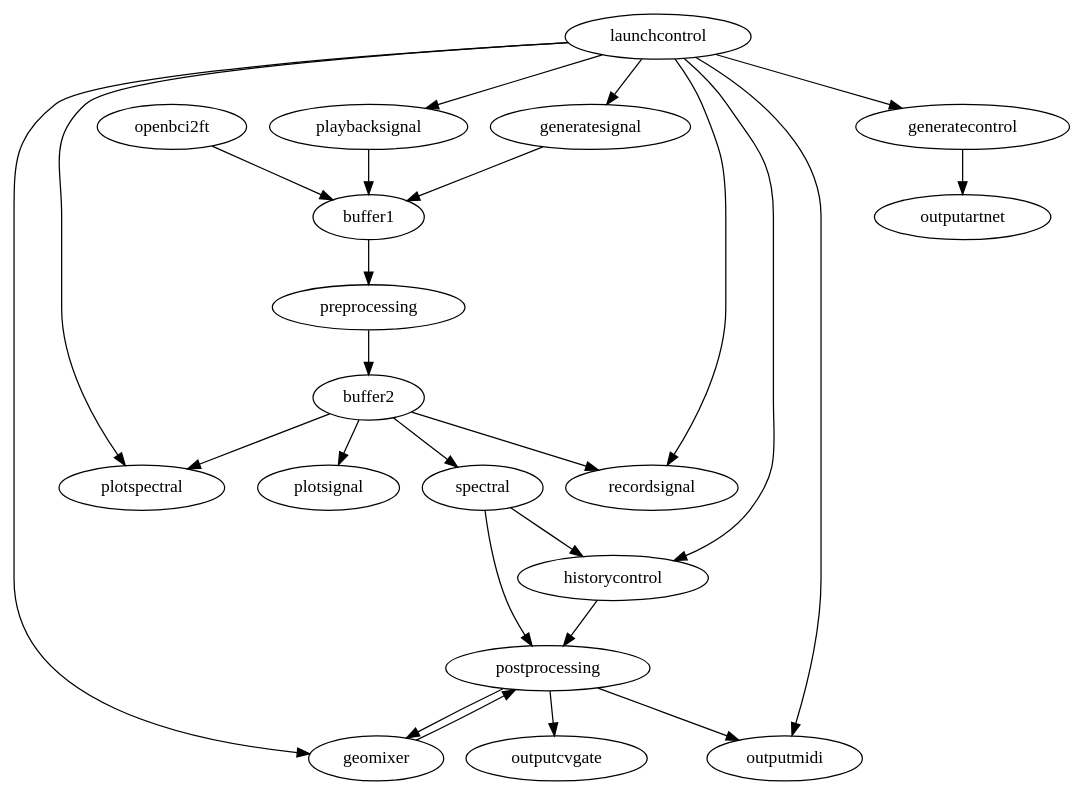
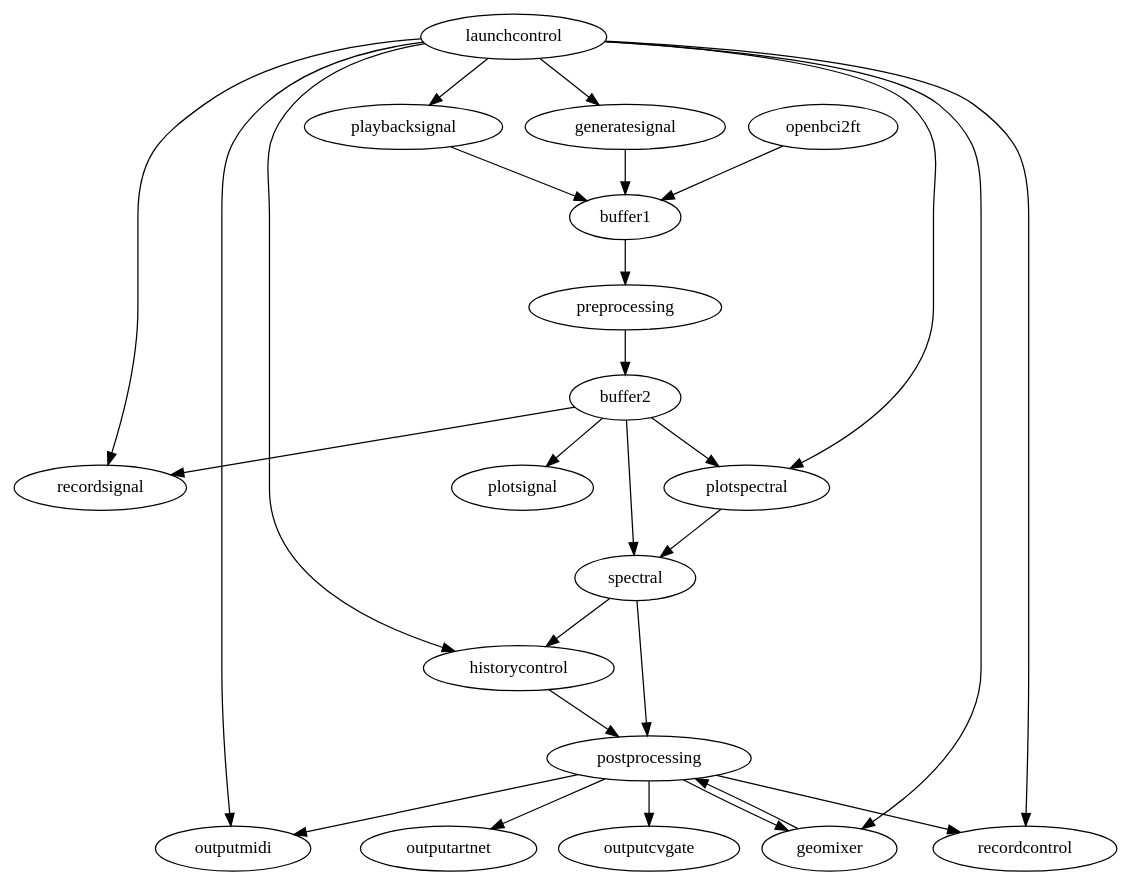
One commit to eegsynth/eegsynth changed the diagram in patches/gothenburg/patch.dot. Above: the diagram before and after it, drawn with Graphviz. The commit also changed 16 other files, not shown here.

```diff
--- a/patches/gothenburg/patch.dot
+++ b/patches/gothenburg/patch.dot
@@ -1,25 +1,28 @@
 # To convert this into a bitmap representation, do this
-#   dot -Tpng -o patch.png patch.dot 
-# 
+#   dot -Tpng -o patch.png patch.dot
+#
 digraph {
     openbci2ft -> buffer1;
     generatesignal -> buffer1;
     playbacksignal -> buffer1;
     buffer1 -> preprocessing -> buffer2;
     buffer2 -> plotsignal;
     buffer2 -> plotspectral;
     buffer2 -> recordsignal;
     buffer2 -> spectral -> postprocessing;
     spectral -> historycontrol -> postprocessing;
+    plotspectral -> spectral;
     postprocessing -> outputcvgate;
     postprocessing -> geomixer -> postprocessing -> outputmidi;
-    generatecontrol -> outputartnet;
-    launchcontrol -> generatecontrol;
+    postprocessing -> outputartnet;
+    postprocessing -> recordcontrol;
     launchcontrol -> generatesignal;
     launchcontrol -> geomixer;
     launchcontrol -> historycontrol;
     launchcontrol -> outputmidi;
     launchcontrol -> playbacksignal;
     launchcontrol -> plotspectral;
     launchcontrol -> recordsignal;
+    launchcontrol -> recordcontrol;
+
 }
```
